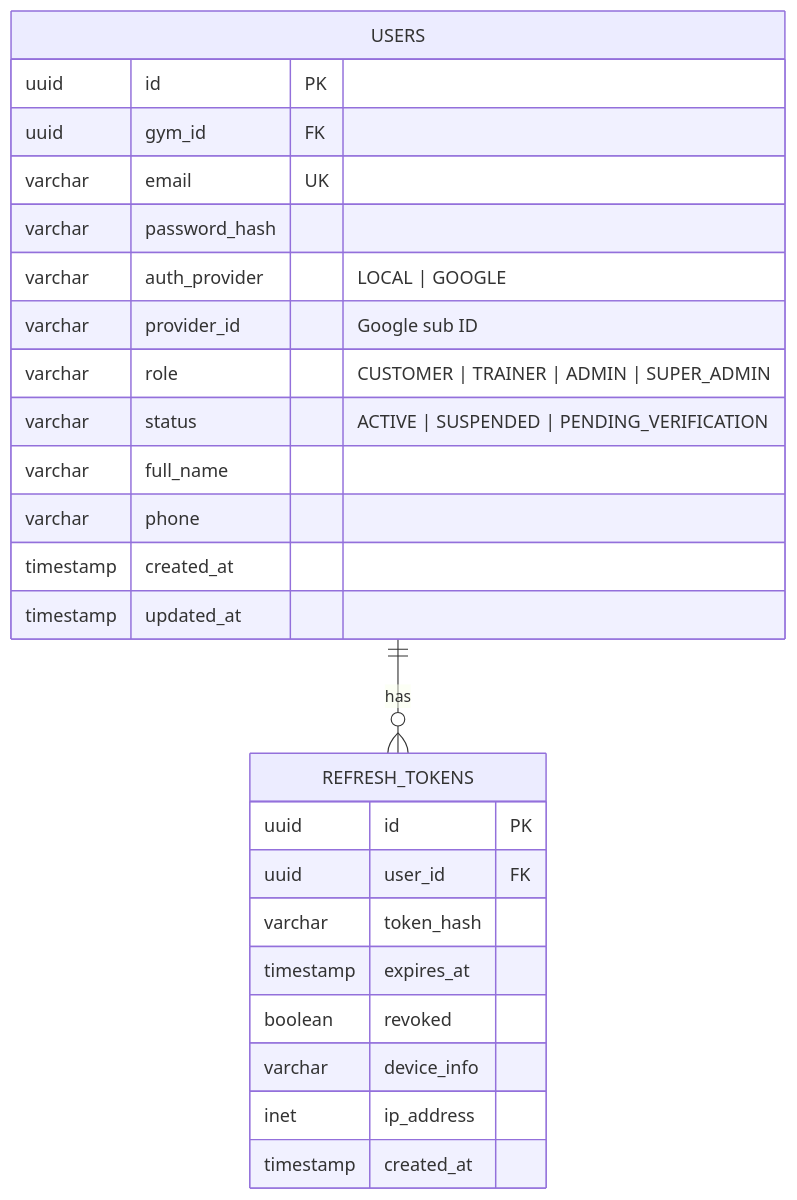
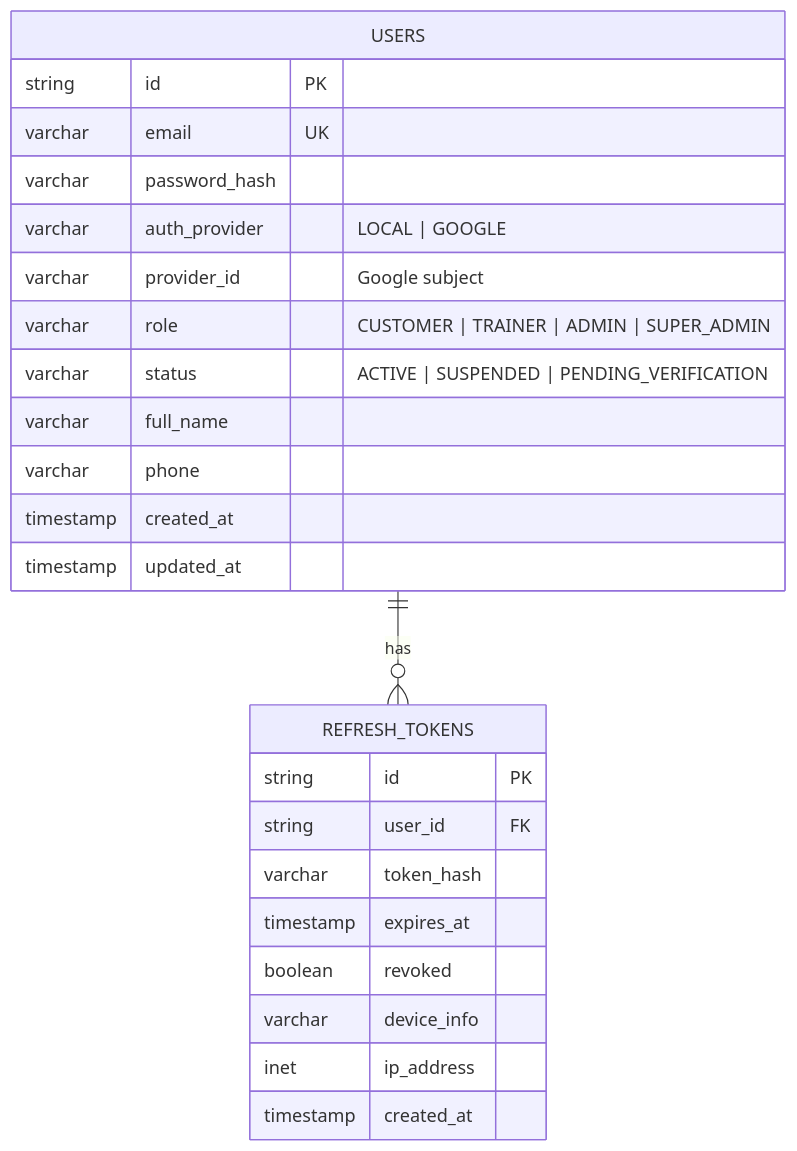
The first of 3 diagrams in services/01-ms-gym-identifier.md (pploc/gym-architect), drawn with Mermaid before and after one commit. The commit also changed other lines of this file and 16 other files, not shown here.

First line of the commit message:
docs: freeze Plans split roadmap through G8

````diff
--- a/services/01-ms-gym-identifier.md
+++ b/services/01-ms-gym-identifier.md
@@ -19,30 +20,29 @@
 ```mermaid
 erDiagram
     USERS {
-        uuid id PK
-        uuid gym_id FK
+        string id PK
         varchar email UK
         varchar password_hash
         varchar auth_provider "LOCAL | GOOGLE"
-        varchar provider_id "Google sub ID"
+        varchar provider_id "Google subject"
         varchar role "CUSTOMER | TRAINER | ADMIN | SUPER_ADMIN"
         varchar status "ACTIVE | SUSPENDED | PENDING_VERIFICATION"
         varchar full_name
         varchar phone
         timestamp created_at
         timestamp updated_at
     }
 
     REFRESH_TOKENS {
-        uuid id PK
-        uuid user_id FK
+        string id PK
+        string user_id FK
         varchar token_hash
         timestamp expires_at
         boolean revoked
         varchar device_info
         inet ip_address
         timestamp created_at
     }
 
-    USERS ||--o{ REFRESH_TOKENS : "has"
+    USERS ||--o{ REFRESH_TOKENS : has
 ```
````
